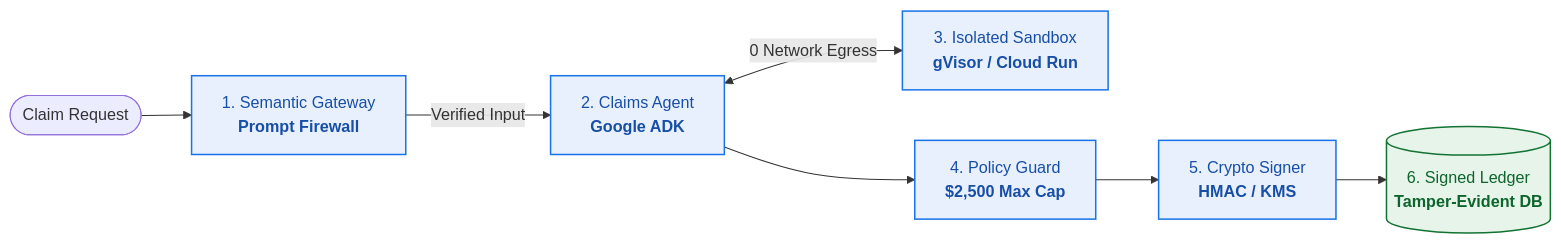
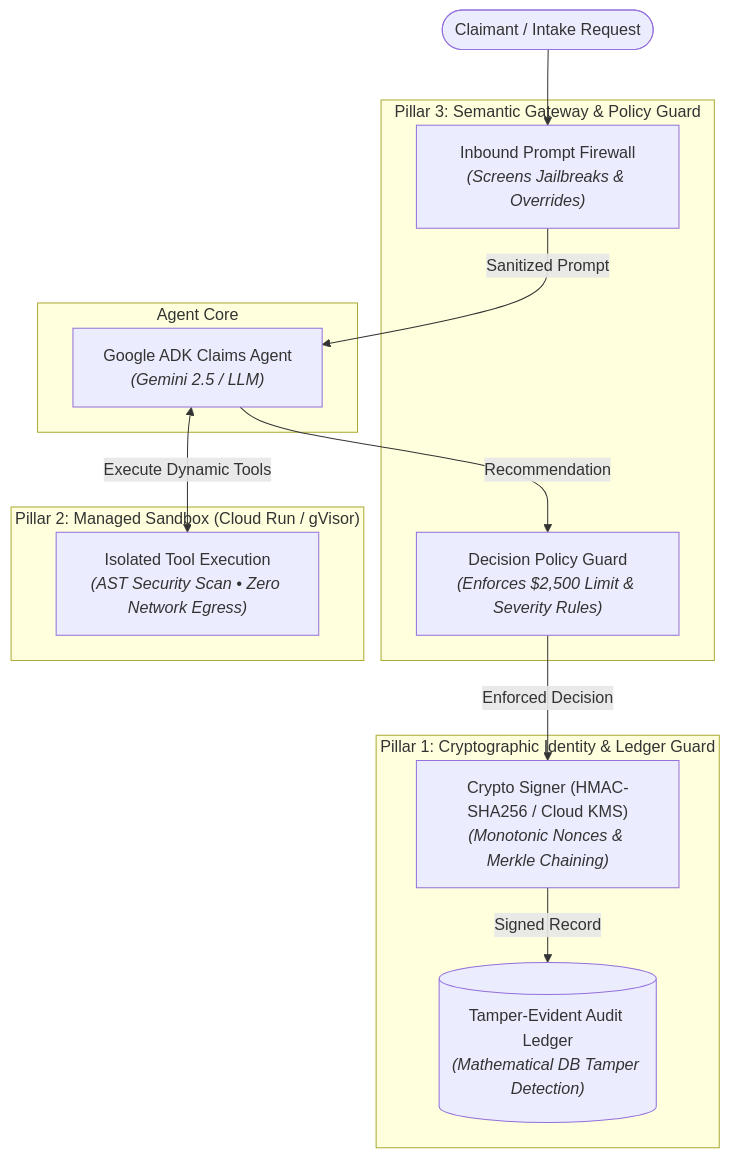
The second of 2 diagrams in auto-claims-demo/README.md (upasana1105/UP_Demos), drawn with Mermaid before and after one commit. The commit also changed other lines of this file, not shown here.

Commit message:
docs(auto-claims): update architecture diagram to clean 3-pillars representation

````diff
--- a/auto-claims-demo/README.md
+++ b/auto-claims-demo/README.md
@@ -35,14 +35,29 @@
 ```mermaid
-flowchart LR
-    User([Claim Request]) --> SG["1. Semantic Gateway<br/><b>Prompt Firewall</b>"]
-    SG -->|Verified Input| Agent["2. Claims Agent<br/><b>Google ADK</b>"]
-    Agent <-->|0 Network Egress| SB["3. Isolated Sandbox<br/><b>gVisor / Cloud Run</b>"]
-    Agent --> PG["4. Policy Guard<br/><b>$2,500 Max Cap</b>"]
-    PG --> Signer["5. Crypto Signer<br/><b>HMAC / KMS</b>"]
-    Signer --> DB[("6. Signed Ledger<br/><b>Tamper-Evident DB</b>")]
+graph TD
+    User([Claimant / Intake Request]) --> SG
 
-    classDef secure fill:#e8f0fe,stroke:#1a73e8,stroke-width:1.5px,color:#174ea6;
-    classDef data fill:#e6f4ea,stroke:#137333,stroke-width:1.5px,color:#0d652d;
-    class SG,Agent,SB,PG,Signer secure;
-    class DB data;
+    subgraph "Pillar 3: Semantic Gateway & Policy Guard"
+        SG["Inbound Prompt Firewall<br/><i>(Screens Jailbreaks & Overrides)</i>"]
+        PG["Decision Policy Guard<br/><i>(Enforces $2,500 Limit & Severity Rules)</i>"]
+    end
+
+    subgraph "Agent Core"
+        Agent["Google ADK Claims Agent<br/><i>(Gemini 2.5 / LLM)</i>"]
+    end
+
+    subgraph "Pillar 2: Managed Sandbox (Cloud Run / gVisor)"
+        SB["Isolated Tool Execution<br/><i>(AST Security Scan • Zero Network Egress)</i>"]
+    end
+
+    subgraph "Pillar 1: Cryptographic Identity & Ledger Guard"
+        Signer["Crypto Signer (HMAC-SHA256 / Cloud KMS)<br/><i>(Monotonic Nonces & Merkle Chaining)</i>"]
+        Ledger[("Tamper-Evident Audit Ledger<br/><i>(Mathematical DB Tamper Detection)</i>")]
+    end
+
+    %% Data Flow
+    SG -->|Sanitized Prompt| Agent
+    Agent <-->|Execute Dynamic Tools| SB
+    Agent -->|Recommendation| PG
+    PG -->|Enforced Decision| Signer
+    Signer -->|Signed Record| Ledger
 ```
````
